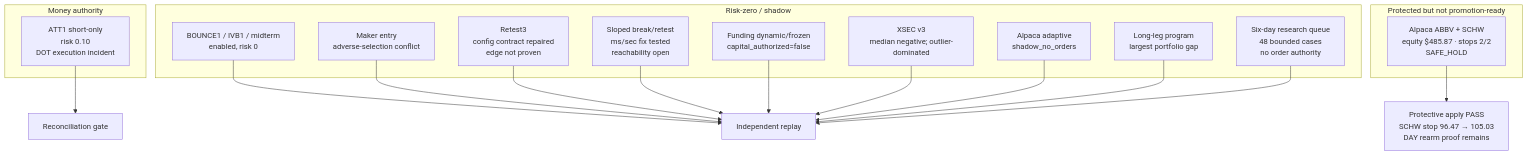
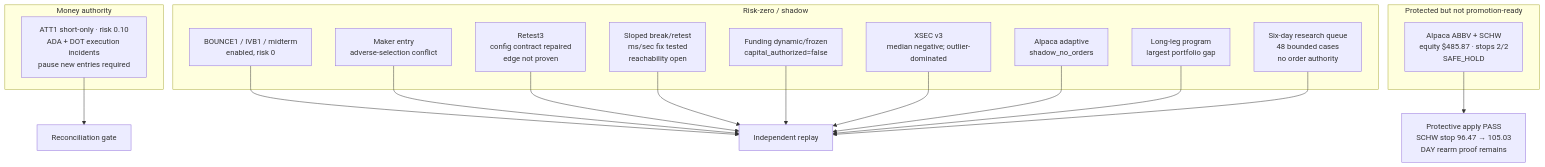
One commit to Brokenbass90/by-bot changed the fourth of 6 diagrams in reports/CODEX_PROJECT_VISUAL_MAP_2026_08_10.md. Above: the diagram before and after it, drawn with Mermaid. The commit also changed other lines of this file and 5 other files, not shown here.

Commit message:
record second ATT1 execution incident and release gate

````diff
--- a/reports/CODEX_PROJECT_VISUAL_MAP_2026_08_10.md
+++ b/reports/CODEX_PROJECT_VISUAL_MAP_2026_08_10.md
@@ -65,34 +65,34 @@
 ```mermaid
 flowchart TB
     subgraph Money["Money authority"]
-        ATT["ATT1 short-only<br/>risk 0.10<br/>DOT execution incident"]
+        ATT["ATT1 short-only · risk 0.10<br/>ADA + DOT execution incidents<br/>pause new entries required"]
     end
 
     subgraph RiskZero["Risk-zero / shadow"]
         B1["BOUNCE1 / IVB1 / midterm<br/>enabled, risk 0"]
         MK["Maker entry<br/>adverse-selection conflict"]
         RT["Retest3<br/>config contract repaired<br/>edge not proven"]
         SB["Sloped break/retest<br/>ms/sec fix tested<br/>reachability open"]
         FU["Funding dynamic/frozen<br/>capital_authorized=false"]
         XS["XSEC v3<br/>median negative; outlier-dominated"]
         AP["Alpaca adaptive<br/>shadow_no_orders"]
         LG["Long-leg program<br/>largest portfolio gap"]
         SD["Six-day research queue<br/>48 bounded cases<br/>no order authority"]
     end
 
     subgraph SafeHold["Protected but not promotion-ready"]
         AL["Alpaca ABBV + SCHW<br/>equity $485.87 · stops 2/2<br/>SAFE_HOLD"]
     end
 
     ATT --> REC["Reconciliation gate"]
     B1 --> REP["Independent replay"]
     MK --> REP
     RT --> REP
     SB --> REP
     FU --> REP
     XS --> REP
     AP --> REP
     LG --> REP
     SD --> REP
     AL --> MKT["Protective apply PASS<br/>SCHW stop 96.47 → 105.03<br/>DAY rearm proof remains"]
 ```
````
